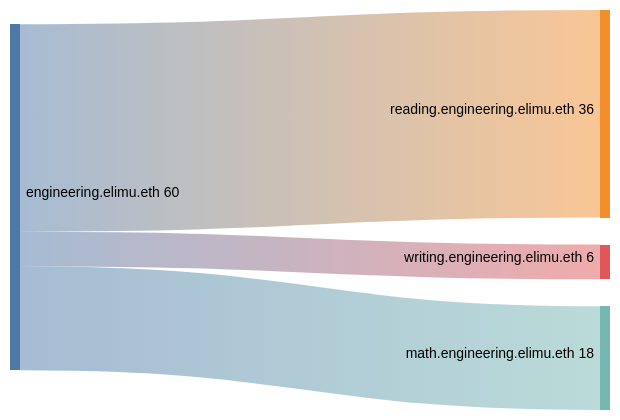
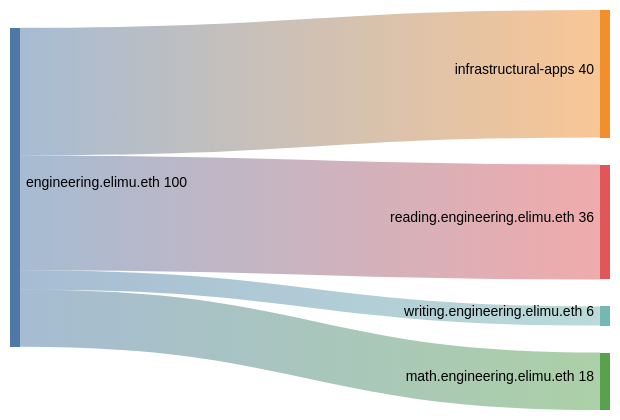
Before and after one commit to elimu-ai/web3-wiki: the second of 3 diagrams in DRIP_LIST_FUNDING_SPLITS.md, drawn with Mermaid (neutral theme). The commit also changed other lines of this file, not shown here.

````diff
--- a/DRIP_LIST_FUNDING_SPLITS.md
+++ b/DRIP_LIST_FUNDING_SPLITS.md
@@ -51,8 +52,9 @@
 ```mermaid
 sankey-beta
 
 %% source,target,value
+engineering.elimu.eth,infrastructural-apps,40
 engineering.elimu.eth,reading.engineering.elimu.eth,36
 engineering.elimu.eth,writing.engineering.elimu.eth,6
 engineering.elimu.eth,math.engineering.elimu.eth,18
 ```
````
